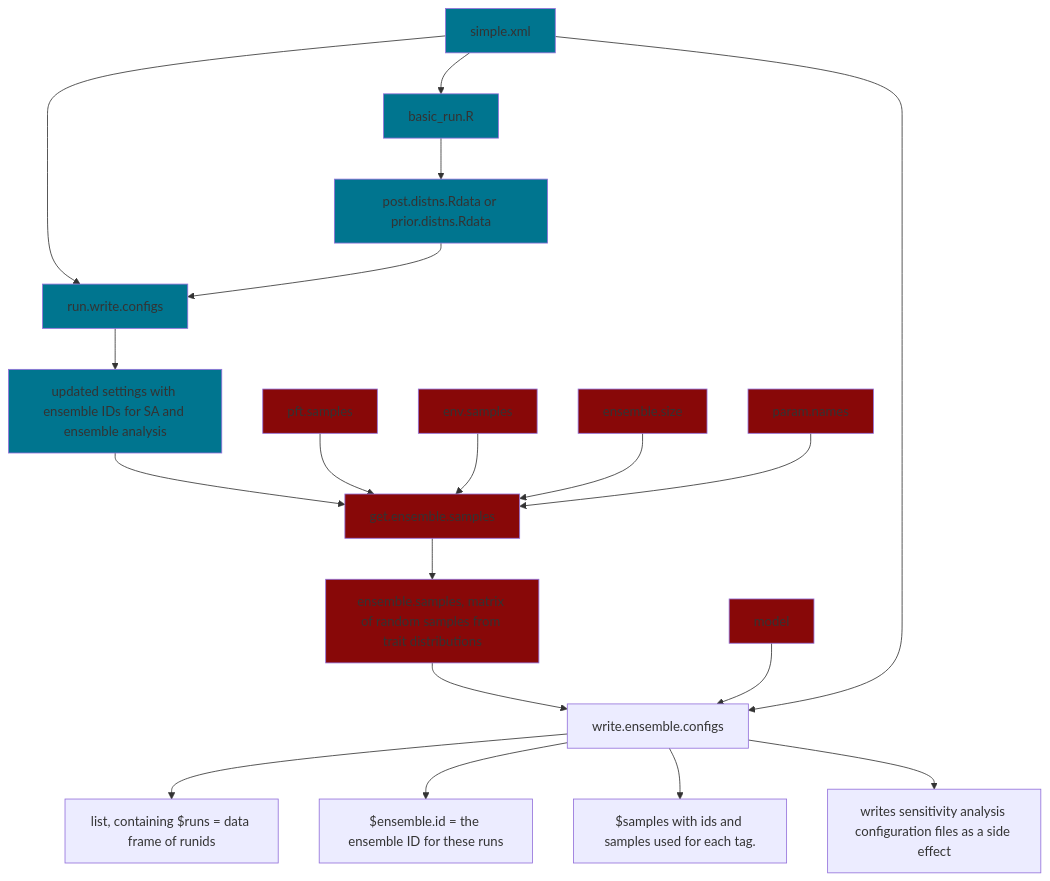
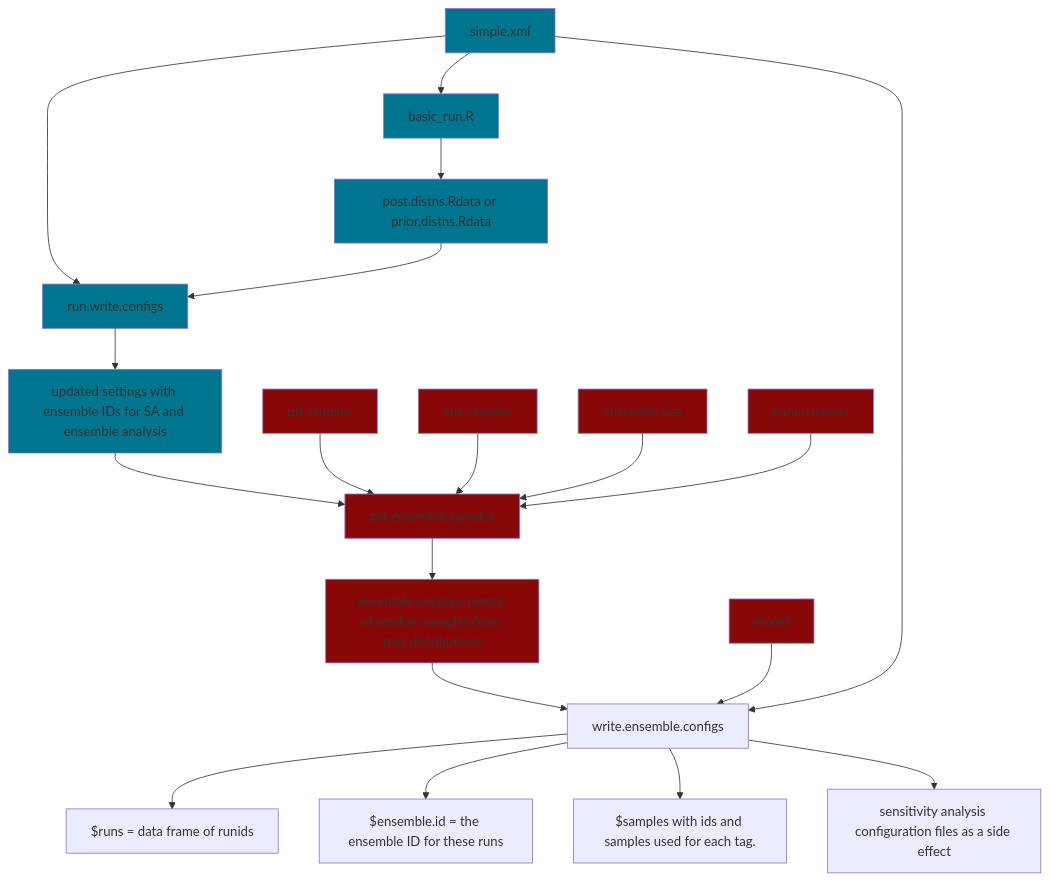
Before and after one commit to ecamo19/gsoc_project_2022_vm: the diagram in README.md, drawn with Mermaid.

````diff
--- a/README.md
+++ b/README.md
@@ -49,40 +49,40 @@
 ```mermaid
   graph TD;
       simple.xml-->run.write.configs;
       simple.xml-->basic_run.R;
       basic_run.R-->posterior.files[post.distns.Rdata or prior.distns.Rdata];
       posterior.files[post.distns.Rdata or prior.distns.Rdata]-->run.write.configs;
       run.write.configs-->output_1[updated settings with ensemble IDs for SA and ensemble analysis ];
       output_1[updated settings with ensemble IDs for SA and ensemble analysis]-->get.ensemble.samples;
       input_get_ensemble_1[pft.samples]-->get.ensemble.samples;
       input_get_ensemble_2[env.samples]-->get.ensemble.samples;
       input_get_ensemble_3[ensemble.size]-->get.ensemble.samples;
       input_get_ensemble_4[param.names]-->get.ensemble.samples;
       get.ensemble.samples--> output_get_ensemble[ensemble.samples, matrix of random samples from trait distributions];
       output_get_ensemble[ensemble.samples, matrix of random samples from trait distributions]-->write.ensemble.configs;
       model-->write.ensemble.configs;
       simple.xml-->write.ensemble.configs;
-      write.ensemble.configs-->output_write_ensemble_1[list, containing $runs = data frame of runids];
+      write.ensemble.configs-->output_write_ensemble_1[$runs = data frame of runids];
       write.ensemble.configs-->output_write_ensemble_2[$ensemble.id = the ensemble ID for these runs];
       write.ensemble.configs-->output_write_ensemble_3[$samples with ids and samples used for each tag.];
-      write.ensemble.configs-->output_write_ensemble_4[writes sensitivity analysis configuration files as a side effect];
+      write.ensemble.configs-->output_write_ensemble_4[sensitivity analysis configuration files as a side effect];
       
       
      
       style basic_run.R fill:#00758f
       style output_1 fill:#00758f
       style run.write.configs fill:#00758f
       style simple.xml fill:#00758f
       style posterior.files fill:#00758f
       
       
   
       style input_get_ensemble_1 fill:#880808
       style input_get_ensemble_2 fill:#880808
       style input_get_ensemble_3 fill:#880808
       style input_get_ensemble_4 fill:#880808
       style get.ensemble.samples fill:#880808
       style output_get_ensemble  fill:#880808 
       style model fill:#880808 
       
 ```
````
